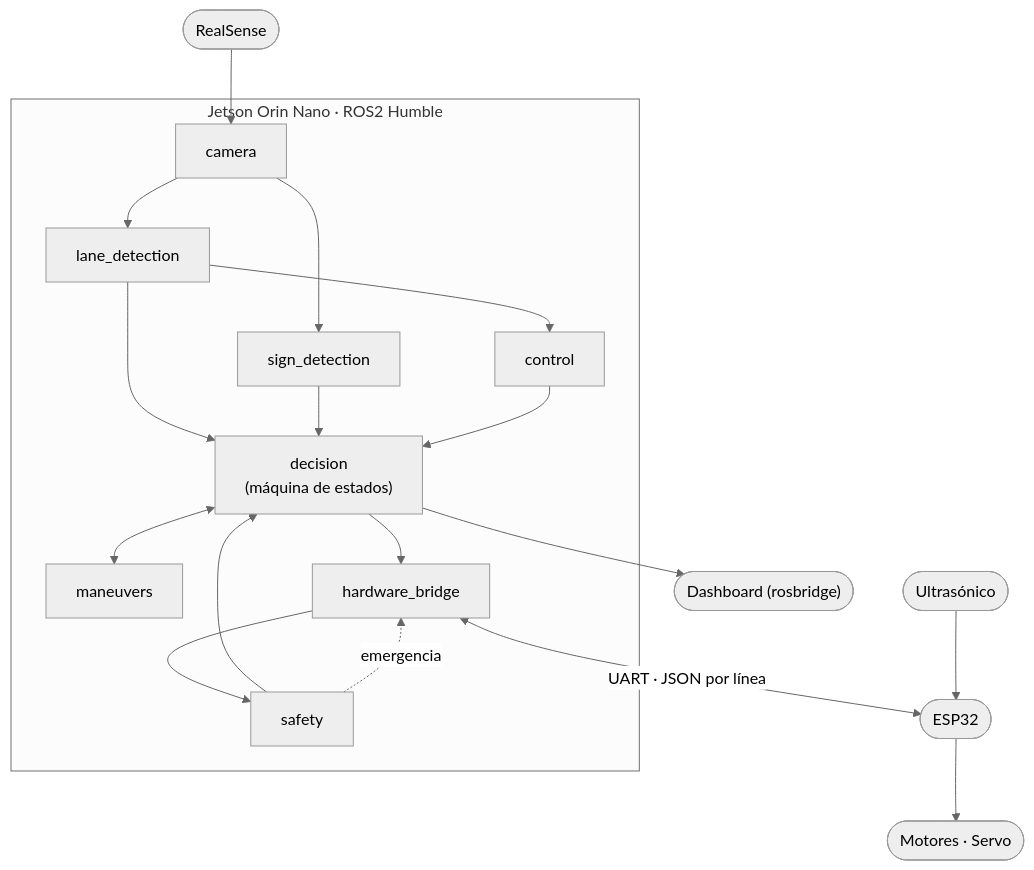
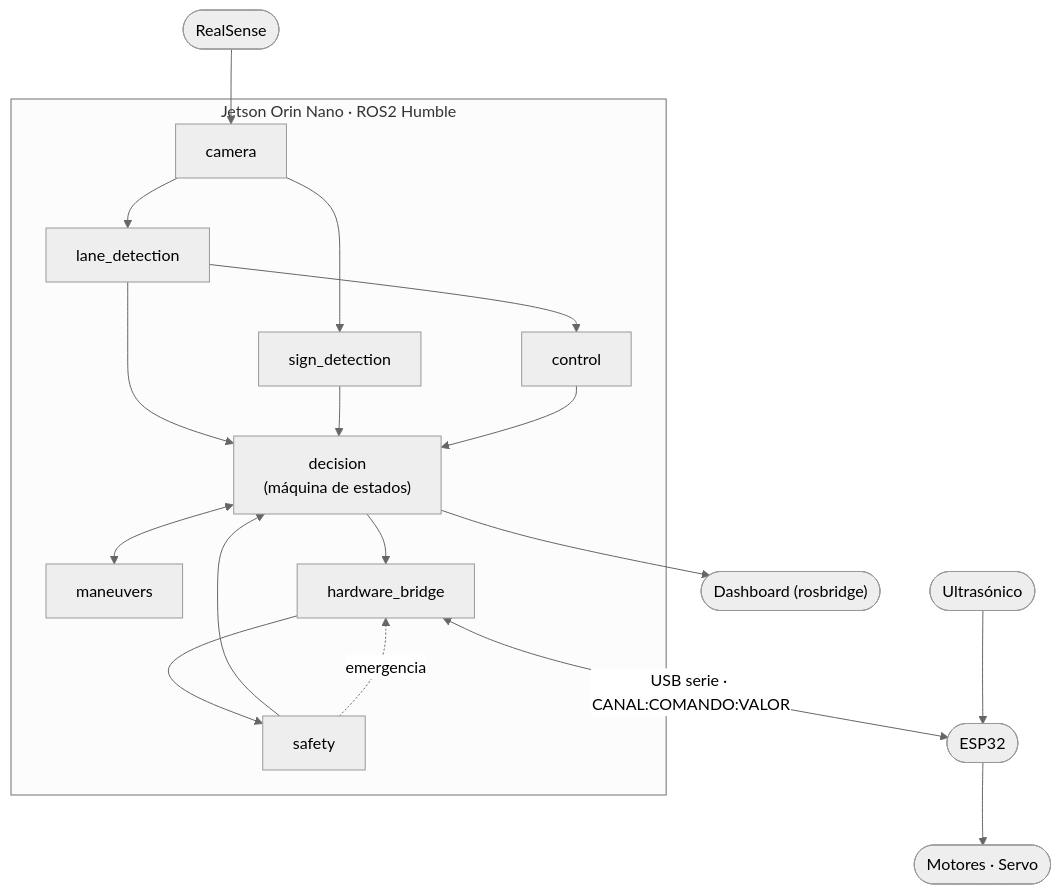
The diagram in docs/ARQUITECTURA.md (Bosch-Aura/autonomous-vehicle-BFMC-ros2), drawn with Mermaid (neutral theme) before and after one commit. The commit also changed other lines of this file and 17 other files, not shown here.

````diff
--- a/docs/ARQUITECTURA.md
+++ b/docs/ARQUITECTURA.md
@@ -30,29 +30,29 @@
 ```mermaid
 flowchart TB
   subgraph JETSON["Jetson Orin Nano · ROS2 Humble"]
     CAM["camera"]
     LANE["lane_detection"]
     SIGN["sign_detection"]
     DEC["decision<br/>(máquina de estados)"]
     CTRL["control"]
     MAN["maneuvers"]
     SAFE["safety"]
     BR["hardware_bridge"]
   end
   RS(["RealSense"]) --> CAM
   CAM --> LANE
   CAM --> SIGN
   LANE --> DEC
   SIGN --> DEC
   LANE --> CTRL
   CTRL --> DEC
   DEC <--> MAN
   SAFE --> DEC
   DEC --> BR
   BR --> SAFE
   SAFE -.->|emergencia| BR
-  BR <-->|"UART · JSON por línea"| ESP(["ESP32"])
+  BR <-->|"USB serie · CANAL:COMANDO:VALOR"| ESP(["ESP32"])
   ESP --> ACT(["Motores · Servo"])
   US(["Ultrasónico"]) --> ESP
   DEC --> DASH(["Dashboard (rosbridge)"])
 ```
````
